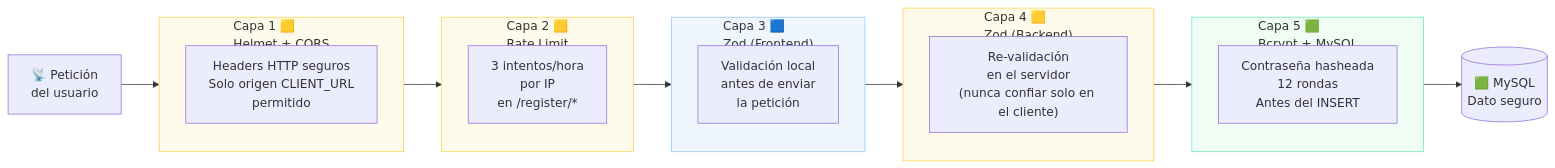
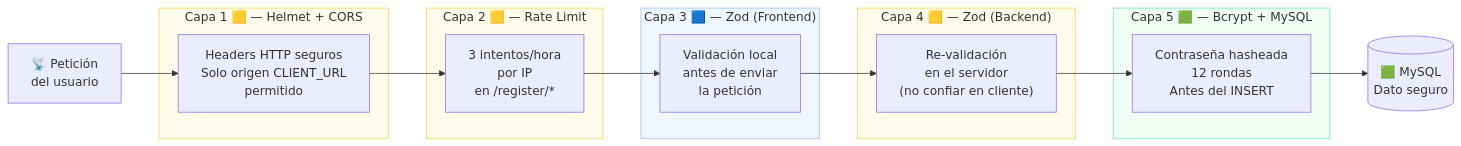
The sixth of 8 diagrams in web/modulos/registro/Registro_Plan.md (arturomiranda/ds-qs), drawn with Mermaid before and after one commit. The commit also changed other lines of this file and 2 other files, not shown here.

````diff
--- a/web/modulos/registro/Registro_Plan.md
+++ b/web/modulos/registro/Registro_Plan.md
@@ -889,32 +620,38 @@
 ```mermaid
 flowchart LR
-    REQ["📡 Petición\ndel usuario"] --> L1
+    REQ["📡 Petición<br/>del usuario"] --> H
 
-    subgraph L1["Capa 1 🟨\nHelmet + CORS"]
-        H["Headers HTTP seguros\nSolo origen CLIENT_URL\npermitido"]
+    subgraph L1["Capa 1 🟨 — Helmet + CORS"]
+        H["Headers HTTP seguros<br/>Solo origen CLIENT_URL<br/>permitido"]
     end
 
-    subgraph L2["Capa 2 🟨\nRate Limit"]
-        RL["3 intentos/hora\npor IP\nen /register/*"]
+    subgraph L2["Capa 2 🟨 — Rate Limit"]
+        RL["3 intentos/hora<br/>por IP<br/>en /register/*"]
     end
 
-    subgraph L3["Capa 3 🟦\nZod (Frontend)"]
-        Z["Validación local\nantes de enviar\nla petición"]
+    subgraph L3["Capa 3 🟦 — Zod (Frontend)"]
+        Z["Validación local<br/>antes de enviar<br/>la petición"]
     end
 
-    subgraph L4["Capa 4 🟨\nZod (Backend)"]
-        ZB["Re-validación\nen el servidor\n(nunca confiar solo en el cliente)"]
+    subgraph L4["Capa 4 🟨 — Zod (Backend)"]
+        ZB["Re-validación<br/>en el servidor<br/>(no confiar en cliente)"]
     end
 
-    subgraph L5["Capa 5 🟩\nBcrypt + MySQL"]
-        B["Contraseña hasheada\n12 rondas\nAntes del INSERT"]
+    subgraph L5["Capa 5 🟩 — Bcrypt + MySQL"]
+        B["Contraseña hasheada<br/>12 rondas<br/>Antes del INSERT"]
     end
 
-    L1 --> L2 --> L3 --> L4 --> L5 --> DB[("🟩 MySQL\nDato seguro")]
+    %% Conexiones directas entre los nodos internos para mantener el flujo lineal
+    H --> RL
+    RL --> Z
+    Z --> ZB
+    ZB --> B
+    B --> DB[("🟩 MySQL<br/>Dato seguro")]
 
+    %% Estilos de los contenedores
     style L1 fill:#FFFBEB,stroke:#FCD34D
     style L2 fill:#FFFBEB,stroke:#FCD34D
     style L3 fill:#EFF6FF,stroke:#93C5FD
     style L4 fill:#FFFBEB,stroke:#FCD34D
     style L5 fill:#F0FDF4,stroke:#6EE7B7
 ```
````
